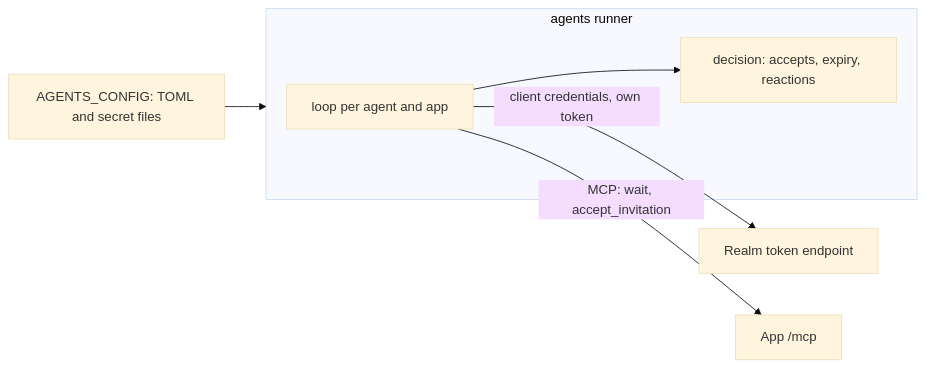
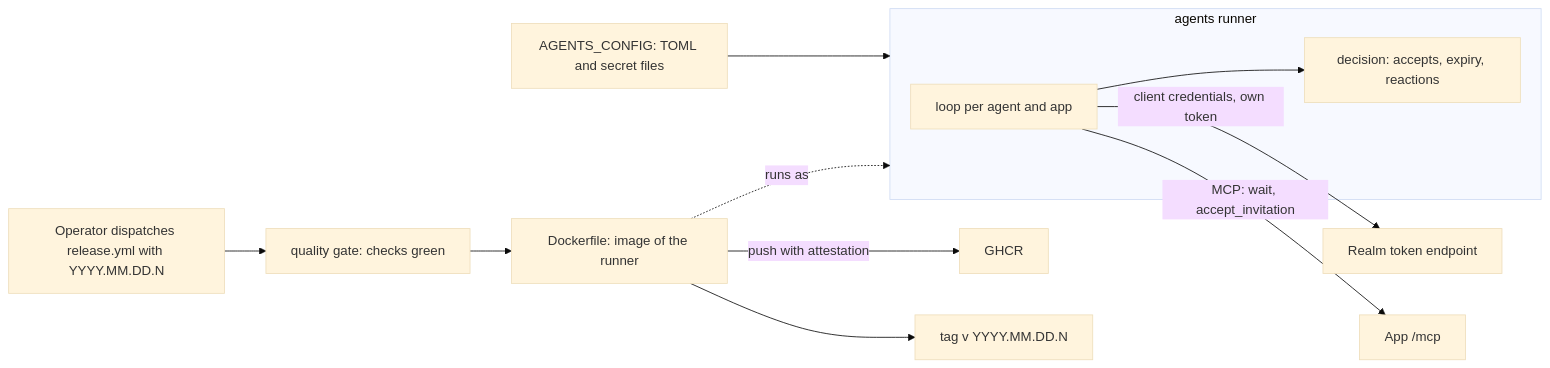
The diagram in docs/ARCHITECTURE.md (overnightworks/personas), drawn with Mermaid (base theme) before and after one commit. The commit also changed other lines of this file and 8 other files, not shown here.

First line of the commit message:
Add the runner's image and its release path

````diff
--- a/docs/ARCHITECTURE.md
+++ b/docs/ARCHITECTURE.md
@@ -11,11 +11,16 @@
 ```mermaid
 flowchart LR
     toml["AGENTS_CONFIG: TOML and secret files"] --> runner
     subgraph runner["agents runner"]
         loop["loop per agent and app"]
         decision["decision: accepts, expiry, reactions"]
         loop --> decision
     end
     loop -- "client credentials, own token" --> realm["Realm token endpoint"]
     loop -- "MCP: wait, accept_invitation" --> app["App /mcp"]
+    dispatch["Operator dispatches release.yml with YYYY.MM.DD.N"] --> gate["quality gate: checks green"]
+    gate --> image["Dockerfile: image of the runner"]
+    image -- "push with attestation" --> ghcr["GHCR"]
+    image --> tag["tag v YYYY.MM.DD.N"]
+    image -. "runs as" .-> runner
 ```
````
